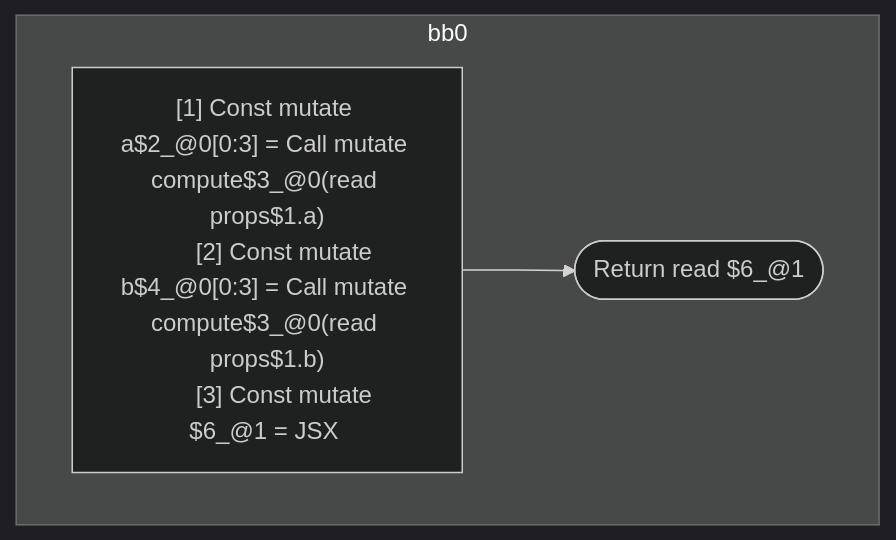
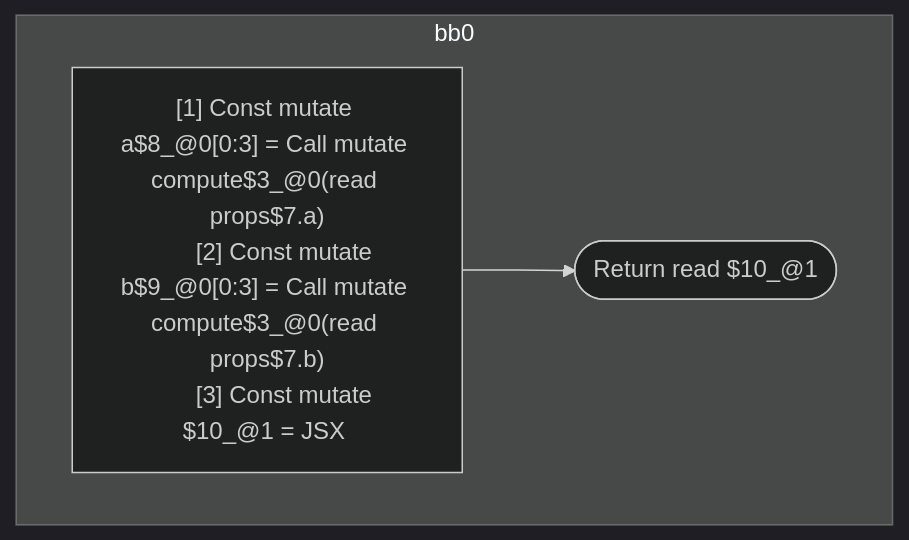
The first of 4 diagrams in compiler/forget/src/__tests__/fixtures/hir/independent.expect.md (wutsmog/private), drawn with Mermaid (dark theme) before and after one commit. The commit also changed other lines of this file and 59 other files, not shown here.

````diff
--- a/compiler/forget/src/__tests__/fixtures/hir/independent.expect.md
+++ b/compiler/forget/src/__tests__/fixtures/hir/independent.expect.md
@@ -39,15 +39,15 @@
 ```mermaid
 flowchart TB
   %% Basic Blocks
   subgraph bb0
     bb0_instrs["
-      [1] Const mutate a$2_@0[0:3] = Call mutate compute$3_@0(read props$1.a)
-      [2] Const mutate b$4_@0[0:3] = Call mutate compute$3_@0(read props$1.b)
-      [3] Const mutate $6_@1 = JSX <read Foo$5 a={freeze a$2_@0} b={freeze b$4_@0} ></read Foo$5>
+      [1] Const mutate a$8_@0[0:3] = Call mutate compute$3_@0(read props$7.a)
+      [2] Const mutate b$9_@0[0:3] = Call mutate compute$3_@0(read props$7.b)
+      [3] Const mutate $10_@1 = JSX <read Foo$5 a={freeze a$8_@0} b={freeze b$9_@0} ></read Foo$5>
     "]
-    bb0_instrs --> bb0_terminal(["Return read $6_@1"])
+    bb0_instrs --> bb0_terminal(["Return read $10_@1"])
   end
 
   %% Jumps
   %% empty
 ```
````
